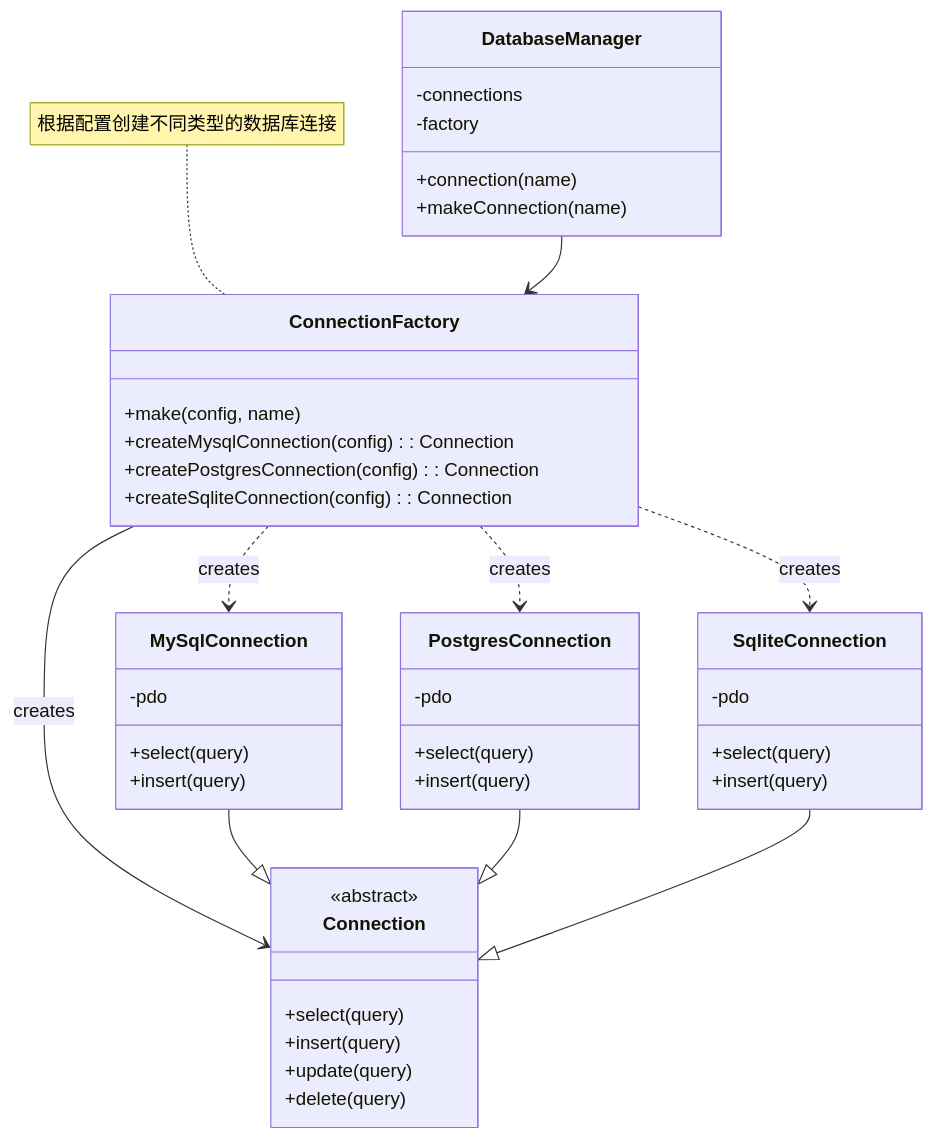
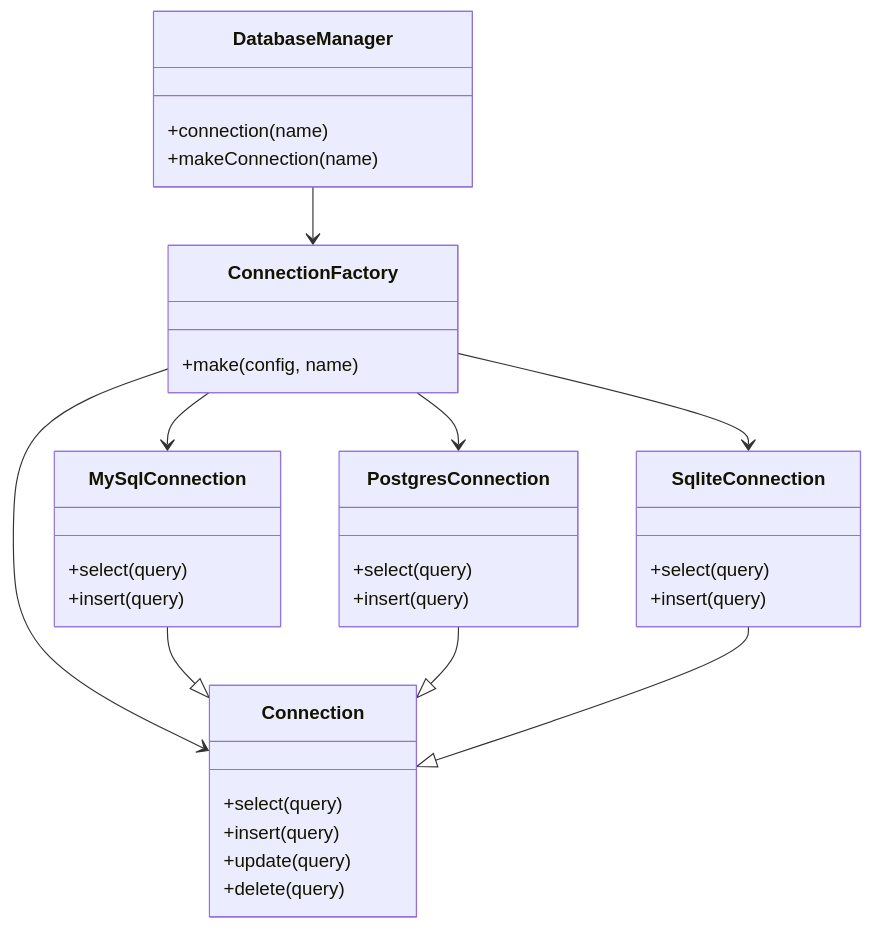
The second of 5 diagrams in resources/design-patterns/laravel/creational/factory_method_zh.md (fanly/DesignPattern), drawn with Mermaid before and after one commit. The commit also changed other lines of this file and 11 other files, not shown here.

````diff
--- a/resources/design-patterns/laravel/creational/factory_method_zh.md
+++ b/resources/design-patterns/laravel/creational/factory_method_zh.md
@@ -40,53 +36,42 @@
 ```mermaid
 classDiagram
     class DatabaseManager {
-        -connections
-        -factory
         +connection(name)
         +makeConnection(name)
     }
     
     class ConnectionFactory {
         +make(config, name)
-        +createMysqlConnection(config): Connection
-        +createPostgresConnection(config): Connection
-        +createSqliteConnection(config): Connection
     }
     
     class Connection {
-        <<abstract>>
         +select(query)
         +insert(query)
         +update(query)
         +delete(query)
     }
     
     class MySqlConnection {
-        -pdo
         +select(query)
         +insert(query)
     }
     
     class PostgresConnection {
-        -pdo
         +select(query)
         +insert(query)
     }
     
     class SqliteConnection {
-        -pdo
         +select(query)
         +insert(query)
     }
     
     DatabaseManager --> ConnectionFactory
-    ConnectionFactory --> Connection : creates
+    ConnectionFactory --> Connection
     MySqlConnection --|> Connection
     PostgresConnection --|> Connection
     SqliteConnection --|> Connection
-    ConnectionFactory ..> MySqlConnection : creates
-    ConnectionFactory ..> PostgresConnection : creates
-    ConnectionFactory ..> SqliteConnection : creates
-    
-    note for ConnectionFactory "根据配置创建不同类型的数据库连接"
+    ConnectionFactory --> MySqlConnection
+    ConnectionFactory --> PostgresConnection
+    ConnectionFactory --> SqliteConnection
 ```
````
